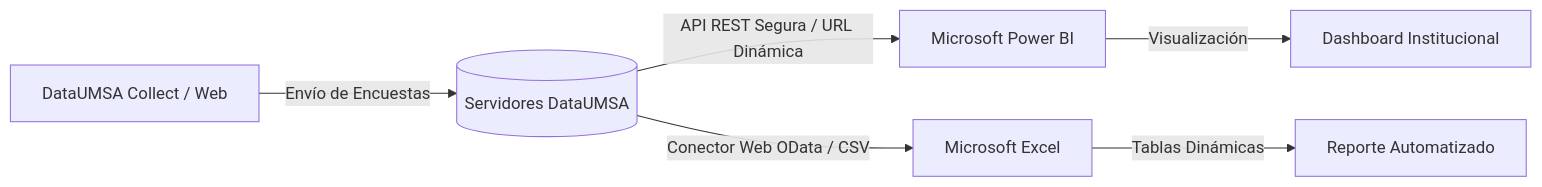
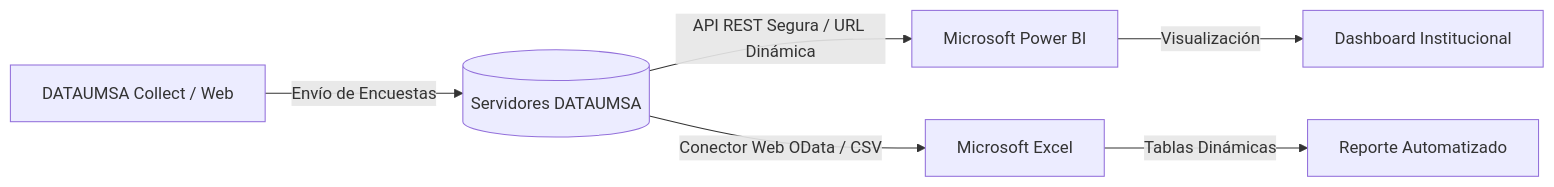
The diagram in src/content/docs/docs/guides/integracion-powerbi-excel.md (HzuDev/web-dataumsa), drawn with Mermaid before and after one commit. The commit also changed other lines of this file and 41 other files, not shown here.

````diff
--- a/src/content/docs/docs/guides/integracion-powerbi-excel.md
+++ b/src/content/docs/docs/guides/integracion-powerbi-excel.md
@@ -14,8 +14,8 @@
 ```mermaid
 flowchart LR
-    A[DataUMSA Collect / Web] -->|Envío de Encuestas| B[(Servidores DataUMSA)]
+    A[DATAUMSA Collect / Web] -->|Envío de Encuestas| B[(Servidores DATAUMSA)]
     B -->|API REST Segura / URL Dinámica| C[Microsoft Power BI]
     B -->|Conector Web OData / CSV| D[Microsoft Excel]
     C -->|Visualización| E[Dashboard Institucional]
     D -->|Tablas Dinámicas| F[Reporte Automatizado]
 ```
````
